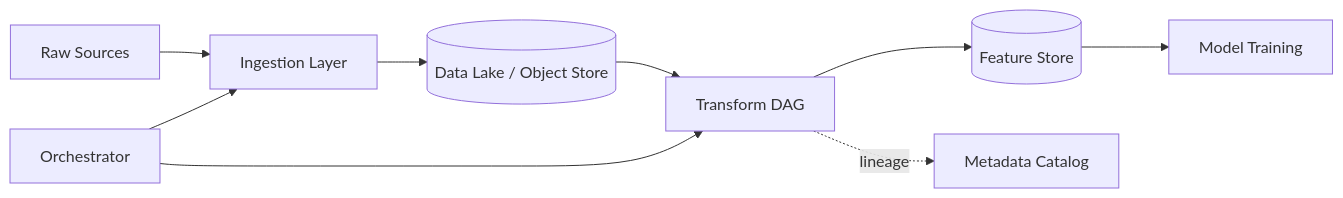
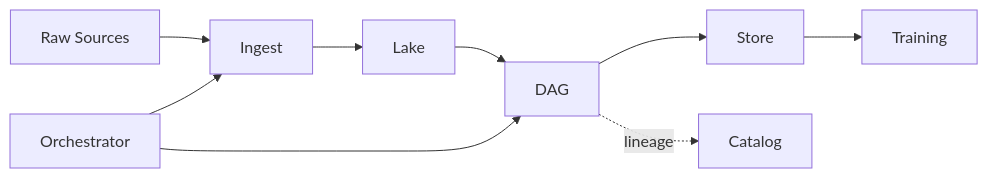
The diagram in site/content/designs/feature-etl.md (huangsam/systology), drawn with Mermaid before and after one commit. The commit also changed 8 other files, not shown here.

Commit message:
Shorten names of mermaid items

```diff
--- a/site/content/designs/feature-etl.md
+++ b/site/content/designs/feature-etl.md
@@ -22,11 +22,11 @@
 {{< mermaid >}}
 graph LR
-  Raw[Raw Sources] --> Ingest[Ingestion Layer]
-  Ingest --> Lake[(Data Lake / Object Store)]
-  Lake --> Transform[Transform DAG]
-  Transform --> FeatureStore[(Feature Store)]
-  FeatureStore --> Training[Model Training]
+  Raw[Raw Sources] --> Ingest
+  Ingest --> Lake
+  Lake --> Transform[DAG]
+  Transform --> FeatureStore[Store]
+  FeatureStore --> Training
   Scheduler[Orchestrator] --> Ingest
   Scheduler --> Transform
-  Transform -.->|lineage| Catalog[Metadata Catalog]
+  Transform -.->|lineage| Catalog
 {{< /mermaid >}}
```
